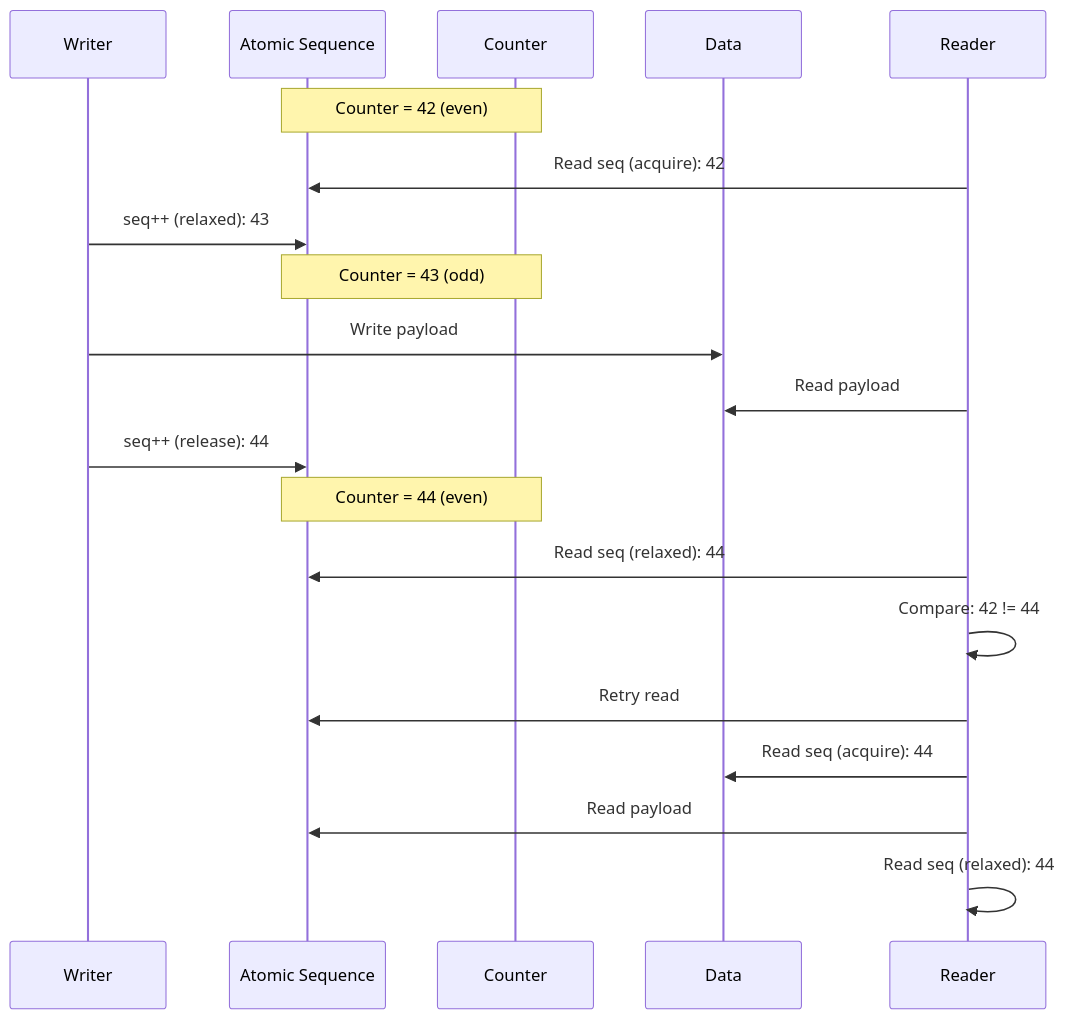
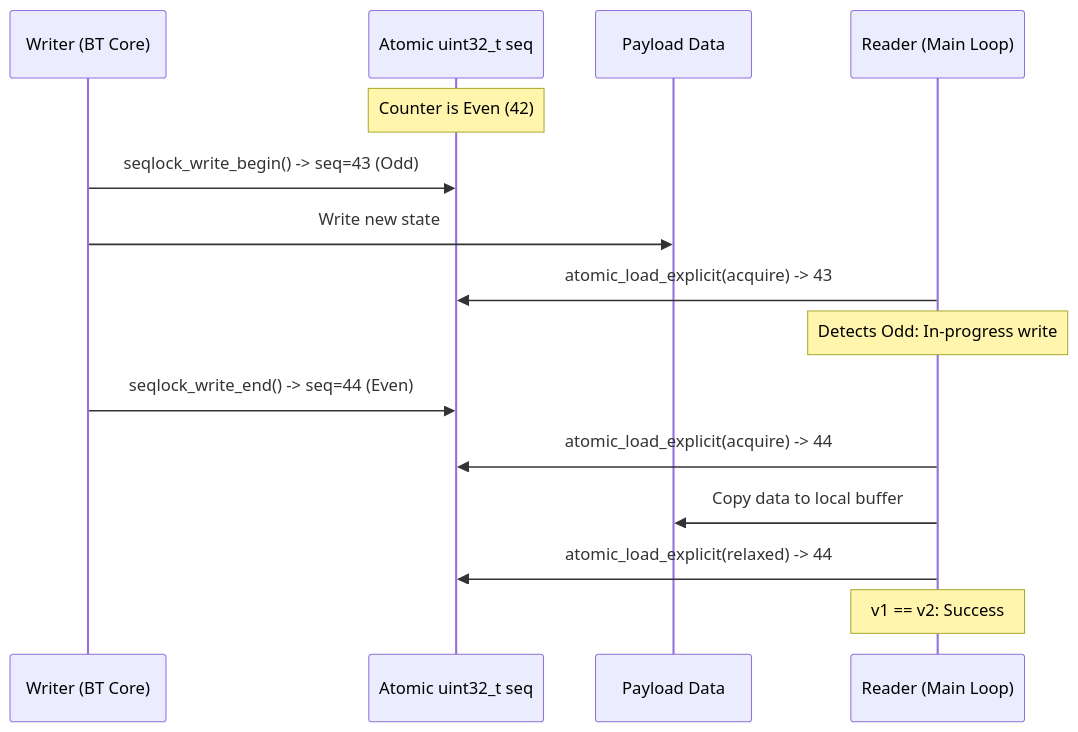
Before and after one commit to Jus-Be/orinayo-pico: the third of 3 diagrams in wiki/8-infrastructure.md, drawn with Mermaid. The commit also changed other lines of this file and 42 other files, not shown here.

````diff
--- a/wiki/8-infrastructure.md
+++ b/wiki/8-infrastructure.md
@@ -301,23 +163,18 @@
 ```mermaid
 sequenceDiagram
-  participant Writer
-  participant Atomic Sequence
-  participant Counter
-  participant Data
-  participant Reader
+  participant Writer (BT Core)
+  participant Atomic uint32_t seq
+  participant Payload Data
+  participant Reader (Main Loop)
 
-  note over Atomic Sequence,Counter: Counter = 42 (even)
-  Reader->>Atomic Sequence: Read seq (acquire): 42
-  Writer->>Atomic Sequence: seq++ (relaxed): 43
-  note over Atomic Sequence,Counter: Counter = 43 (odd)
-  Writer->>Data: Write payload
-  Reader->>Data: Read payload
-  Writer->>Atomic Sequence: seq++ (release): 44
-  note over Atomic Sequence,Counter: Counter = 44 (even)
-  Reader->>Atomic Sequence: Read seq (relaxed): 44
-  Reader->>Reader: Compare: 42 != 44
-  Reader->>Atomic Sequence: Retry read
-  Reader->>Data: Read seq (acquire): 44
-  Reader->>Atomic Sequence: Read payload
-  Reader->>Reader: Read seq (relaxed): 44
+  note over Atomic uint32_t seq: Counter is Even (42)
+  Writer (BT Core)->>Atomic uint32_t seq: seqlock_write_begin() -> seq=43 (Odd)
+  Writer (BT Core)->>Payload Data: Write new state
+  Reader (Main Loop)->>Atomic uint32_t seq: atomic_load_explicit(acquire) -> 43
+  note over Reader (Main Loop): Detects Odd: In-progress write
+  Writer (BT Core)->>Atomic uint32_t seq: seqlock_write_end() -> seq=44 (Even)
+  Reader (Main Loop)->>Atomic uint32_t seq: atomic_load_explicit(acquire) -> 44
+  Reader (Main Loop)->>Payload Data: Copy data to local buffer
+  Reader (Main Loop)->>Atomic uint32_t seq: atomic_load_explicit(relaxed) -> 44
+  note over Reader (Main Loop): v1 == v2: Success
 ```
````
